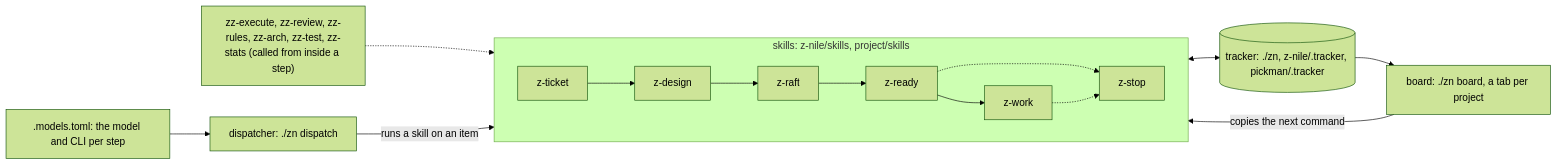
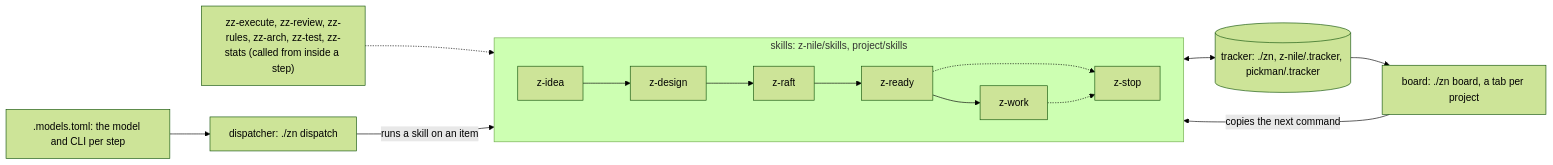
One commit to philipbergen/z-nile changed the first of 3 diagrams in z-nile/README.md. Above: the diagram before and after it, drawn with Mermaid (forest theme). The commit also changed other lines of this file and 81 other files, not shown here.

Commit message:
c0436: z-ticket becomes z-idea and z-run z-code, each kept as a one-line alias; stage names on the board and in the docs

````diff
--- a/z-nile/README.md
+++ b/z-nile/README.md
@@ -3,19 +3,19 @@
 ```mermaid
 flowchart LR
   subgraph skills["skills: z-nile/skills, project/skills"]
     direction LR
-    zticket["z-ticket"] --> zdesign["z-design"] --> zraft["z-raft"] --> zready["z-ready"] --> zwork["z-work"]
+    zticket["z-idea"] --> zdesign["z-design"] --> zraft["z-raft"] --> zready["z-ready"] --> zwork["z-work"]
     zready -.-> zstop["z-stop"]
     zwork -.-> zstop
   end
   steps["zz-execute, zz-review, zz-rules, zz-arch, zz-test, zz-stats (called from inside a step)"] -.-> skills
   tracker[("tracker: ./zn, z-nile/.tracker, pickman/.tracker")]
   models[".models.toml: the model and CLI per step"]
   dispatcher["dispatcher: ./zn dispatch"]
   board["board: ./zn board, a tab per project"]
   skills <--> tracker
   models --> dispatcher
   dispatcher -->|"runs a skill on an item"| skills
   tracker --> board
   board -->|"copies the next command"| skills
 ```
````
